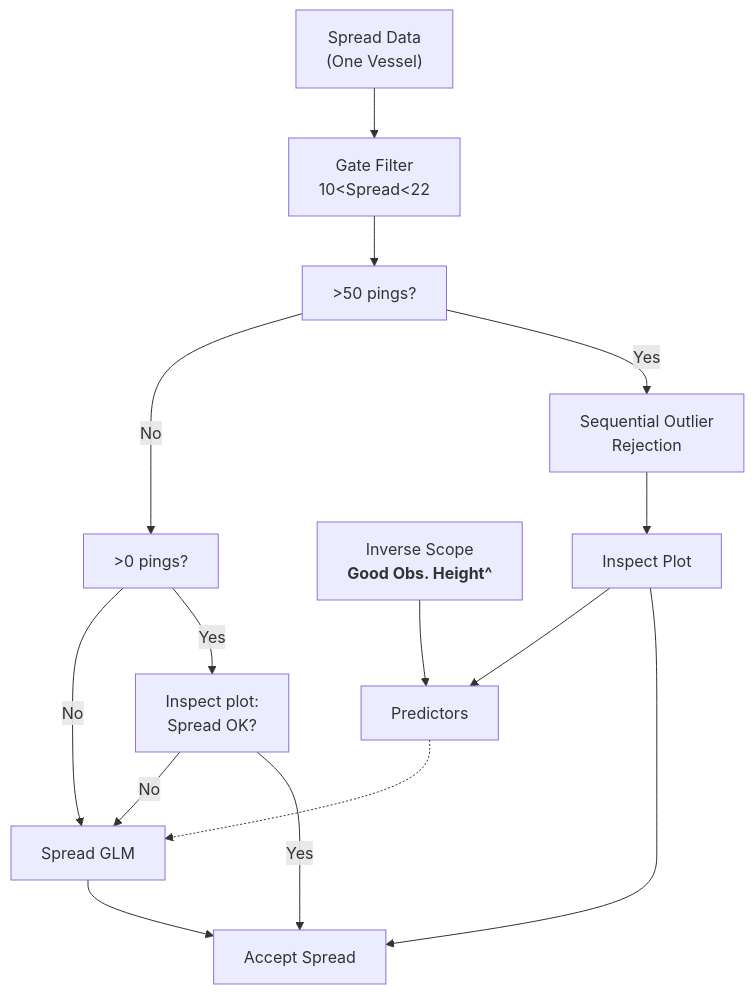
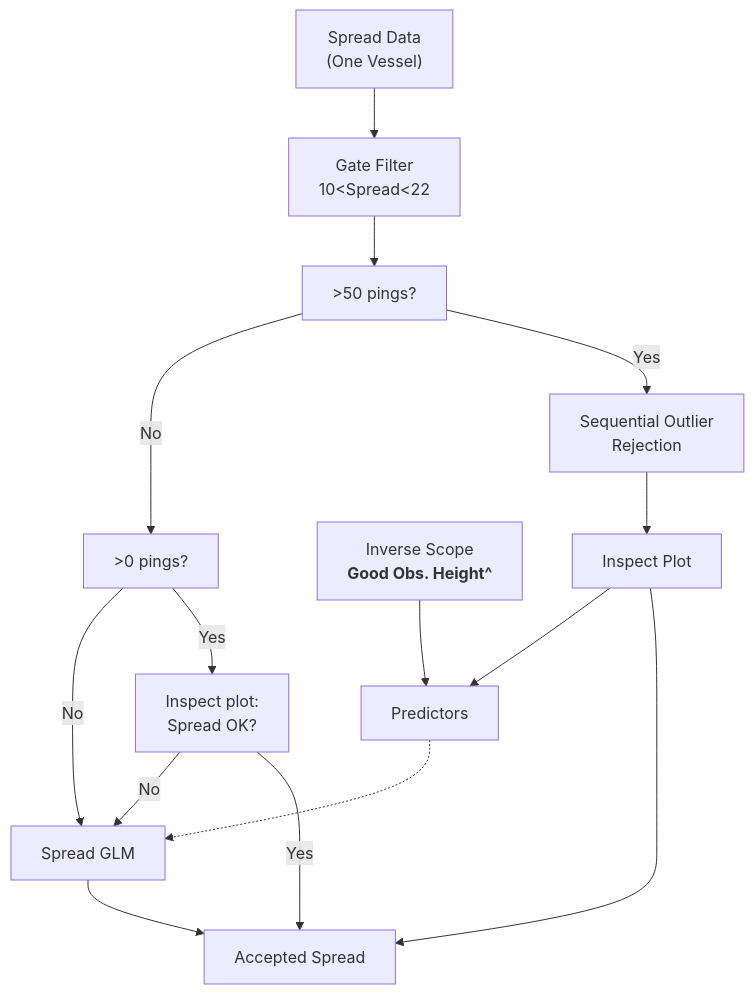
Before and after one commit to afsc-gap-products/trawlmetrics: the sixth of 6 diagrams in assets/nm_flowchart.md, drawn with Mermaid. The commit also changed other lines of this file, not shown here.

````diff
--- a/assets/nm_flowchart.md
+++ b/assets/nm_flowchart.md
@@ -143,17 +143,17 @@
 ``` mermaid
 graph TD
     SA["Spread Data<br>(One Vessel)"]-->SB["Gate Filter<br>10&lt;Spread&lt;22"]
     SB["Gate Filter<br>10&lt;Spread&lt;22"]-->SC["&gt;50 pings?"]
     SC["&gt;50 pings?"]-->|No| SF["&gt;0 pings?"]
     SC["&gt;50 pings?"]-->|Yes| SN[Sequential Outlier<br>Rejection]
     SD[Inverse Scope<br><b>Good Obs. Height^</b>]-->SP[Predictors]
     SN[Sequential Outlier<br>Rejection]-->SO[Inspect Plot]
     SO[Inspect Plot]-->SP[Predictors]
     SF["&gt;0 pings?"]-->|No| SL[Spread GLM]
     SF["&gt;0 pings?"]-->|Yes| SI[Inspect plot:<br>Spread OK?]
     SP[Predictors]-.->SL[Spread GLM]
     SI[Inspect plot:<br>Spread OK?]-->|No| SL[Spread GLM]
-    SI[Inspect plot:<br>Spread OK?]-->|Yes| SM[Accept Spread]
-    SL[Spread GLM]-->SM[Accept Spread]
-    SO[Inspect Plot]-->SM[Accept Spread]
+    SI[Inspect plot:<br>Spread OK?]-->|Yes| SM[Accepted Spread]
+    SL[Spread GLM]-->SM[Accepted Spread]
+    SO[Inspect Plot]-->SM[Accepted Spread]
 ```
````
